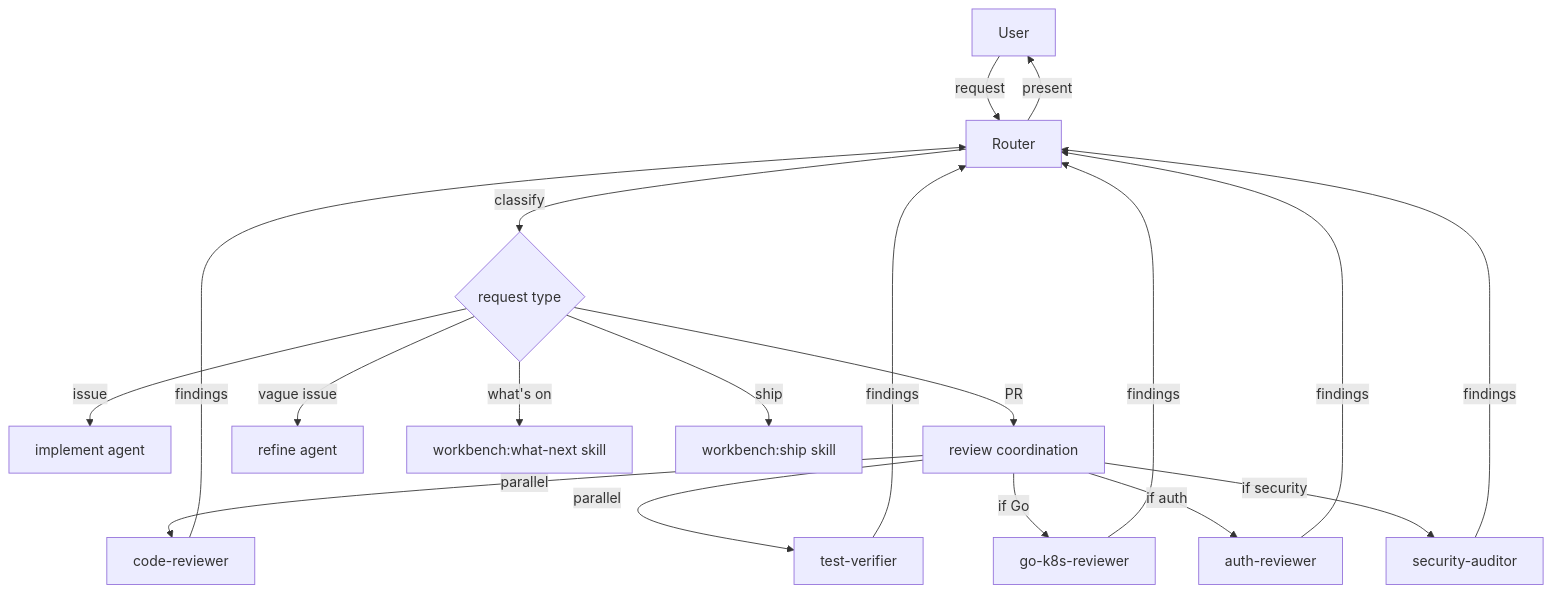
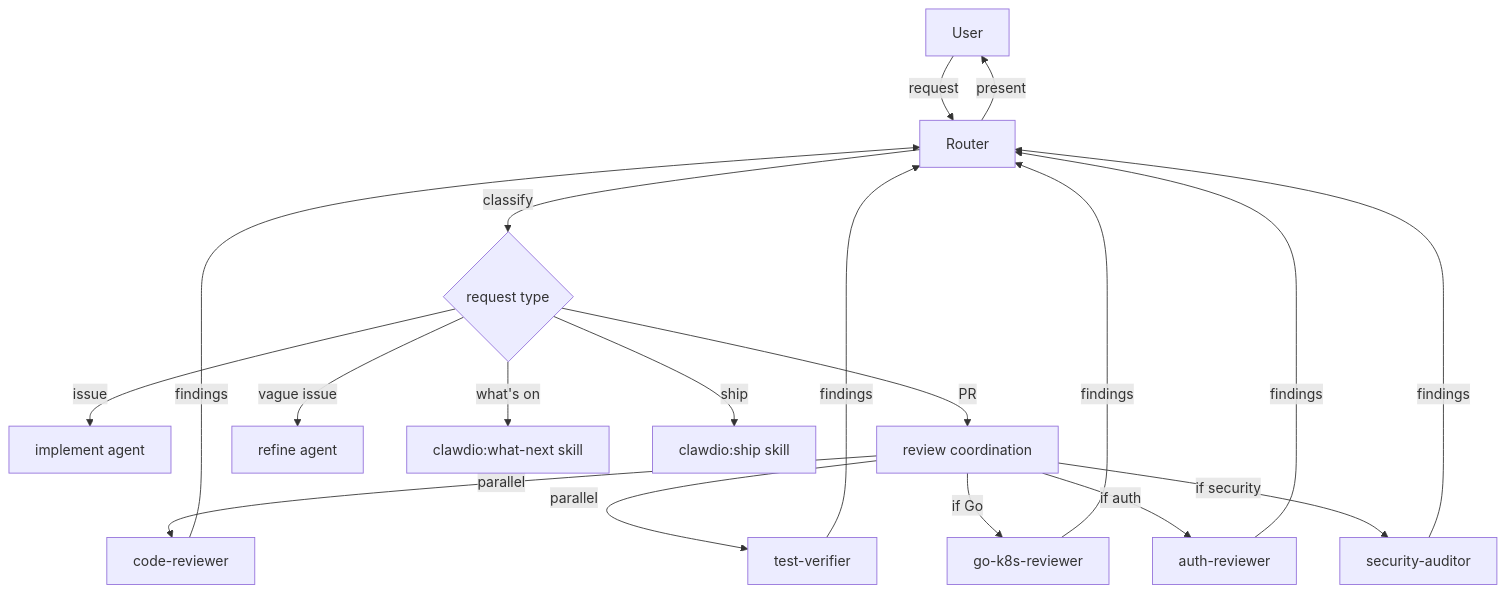
One commit to jasonmadigan/clawdio changed the first of 2 diagrams in docs/architecture.md. Above: the diagram before and after it, drawn with Mermaid. The commit also changed other lines of this file and 8 other files, not shown here.

Commit message:
rename workbench to clawdio across all references

````diff
--- a/docs/architecture.md
+++ b/docs/architecture.md
@@ -27,17 +27,17 @@
 ```mermaid
 graph TD
     User -->|request| Router
     Router -->|classify| Decision{request type}
     Decision -->|issue| Implement[implement agent]
     Decision -->|PR| Review[review coordination]
     Decision -->|vague issue| Refine[refine agent]
-    Decision -->|what's on| WhatNext[workbench:what-next skill]
-    Decision -->|ship| Ship[workbench:ship skill]
+    Decision -->|what's on| WhatNext[clawdio:what-next skill]
+    Decision -->|ship| Ship[clawdio:ship skill]
     Review -->|parallel| CR[code-reviewer]
     Review -->|parallel| TV[test-verifier]
     Review -->|if Go| GK[go-k8s-reviewer]
     Review -->|if auth| AR[auth-reviewer]
     Review -->|if security| SA[security-auditor]
     CR & TV & GK & AR & SA -->|findings| Router
     Router -->|present| User
 ```
````
